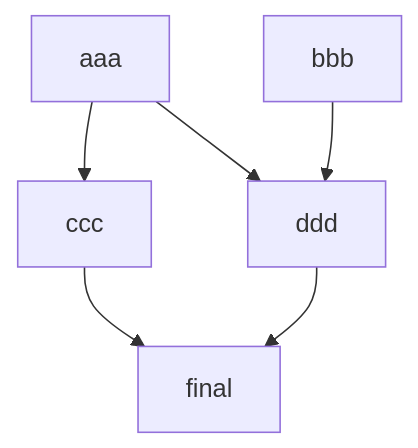
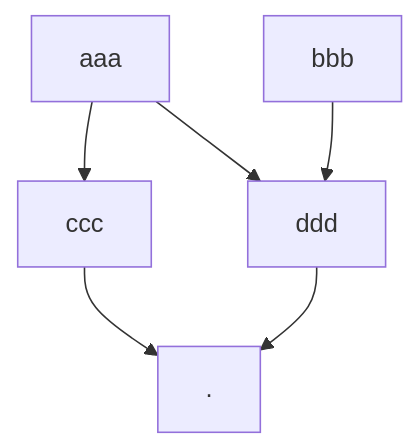
Before and after one commit to billwallis/bills-sql-lineage: the diagram in README.md, drawn with Mermaid. The commit also changed other lines of this file and 11 other files, not shown here.

````diff
--- a/README.md
+++ b/README.md
@@ -95,13 +92,13 @@
 ```mermaid
 graph TD
     aaa
     bbb
     ccc
     ddd
-    final
+    .
     aaa --> ccc
     aaa --> ddd
     bbb --> ddd
-    ccc --> final
-    ddd --> final
+    ccc --> .
+    ddd --> .
 ```
````
